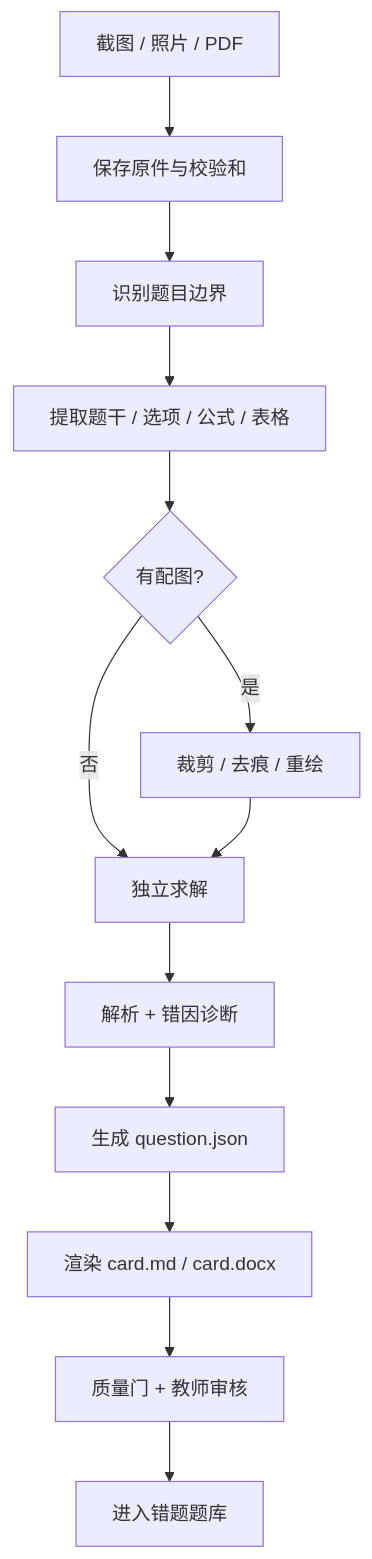
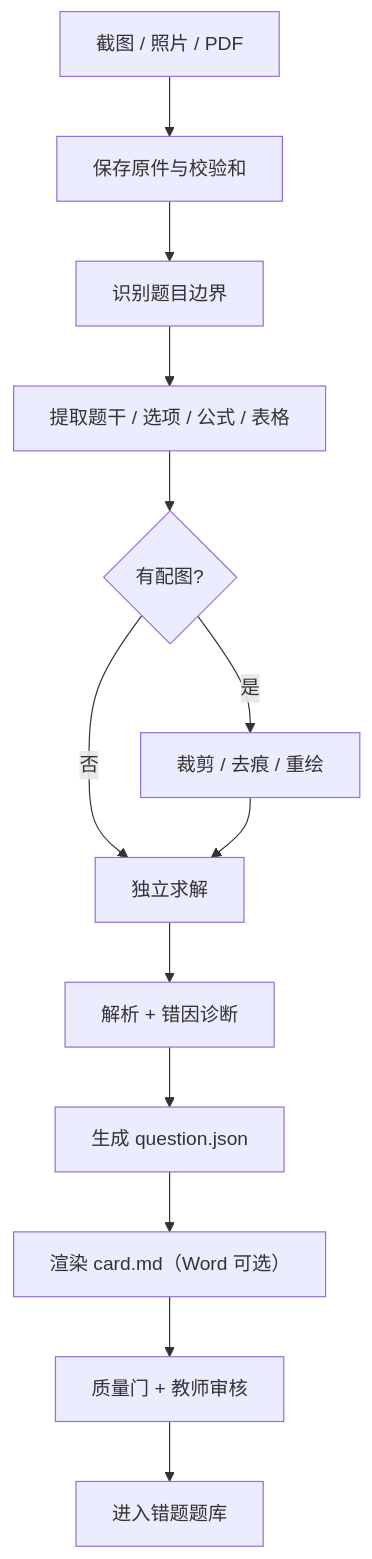
The diagram in README.md (Yu-Jie-Chen/mistake-question-studio), drawn with Mermaid before and after one commit. The commit also changed other lines of this file and 12 other files, not shown here.

````diff
--- a/README.md
+++ b/README.md
@@ -196,15 +198,15 @@
 ```mermaid
 flowchart TD
     A[截图 / 照片 / PDF] --> B[保存原件与校验和]
     B --> C[识别题目边界]
     C --> D[提取题干 / 选项 / 公式 / 表格]
     D --> E{有配图?}
     E -- 否 --> G[独立求解]
     E -- 是 --> F[裁剪 / 去痕 / 重绘]
     F --> G
     G --> H[解析 + 错因诊断]
     H --> I[生成 question.json]
-    I --> J[渲染 card.md / card.docx]
+    I --> J[渲染 card.md（Word 可选）]
     J --> K[质量门 + 教师审核]
     K --> L[进入错题题库]
 ```
````
